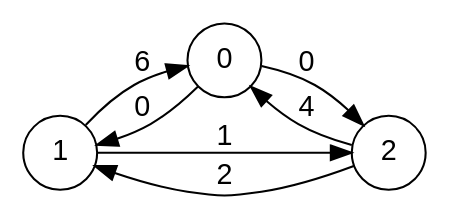
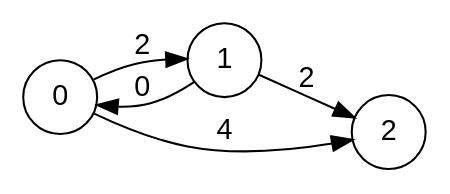
Before and after one commit to st4rhub/ProgFonct: the diagram in outfile.dot, drawn with Graphviz. The commit also changed 2 other files, not shown here.

Commit message:
flowgraph done

```diff
--- a/outfile.dot
+++ b/outfile.dot
@@ -1,25 +1,21 @@
 digraph finite_state_machine { 
 
   fontname="Helvetica,Arial,sans-serif" 
 
   node [fontname="Helvetica,Arial,sans-serif"] 
 
   edge [fontname="Helvetica,Arial,sans-serif"] 
 
   rankdir=LR 
 ;
   node [shape = circle]; 
 
- 1 -> 0 [label = "6"]
+ 0 -> 1 [label = "2"]
 
- 1 -> 2 [label = "1"]
+ 0 -> 2 [label = "4"]
 
- 0 -> 1 [label = "0"]
+ 1 -> 2 [label = "2"]
 
- 0 -> 2 [label = "0"]
-
- 2 -> 1 [label = "2"]
-
- 2 -> 0 [label = "4"]
+ 1 -> 0 [label = "0"]
 
 }
```
